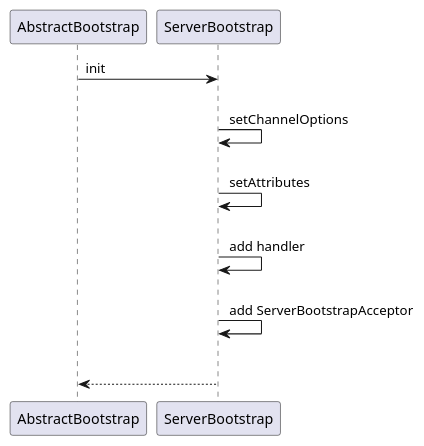
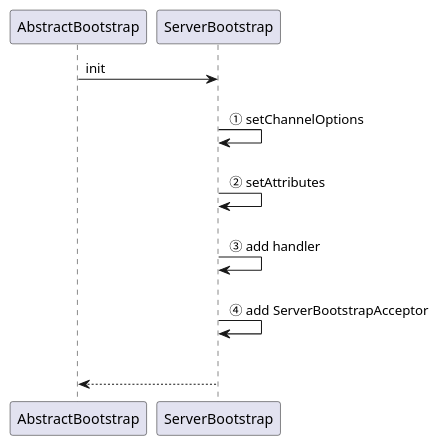
The diagram in puml/1_1_1-ServerBootstrap#initAndRegister#init.puml (Simba-cheng/netty), drawn with PlantUML before and after one commit. The commit also changed 1 other file, not shown here.

Commit message:
refactor(code): 源码添加注释、流程图、类图

```diff
--- a/puml/1_1_1-ServerBootstrap#initAndRegister#init.puml
+++ b/puml/1_1_1-ServerBootstrap#initAndRegister#init.puml
@@ -1,12 +1,12 @@
 @startuml
 
 AbstractBootstrap -> ServerBootstrap: init
 
-ServerBootstrap -> ServerBootstrap: \n setChannelOptions
-ServerBootstrap -> ServerBootstrap: \n setAttributes
-ServerBootstrap -> ServerBootstrap: \n add handler
-ServerBootstrap -> ServerBootstrap: \n add ServerBootstrapAcceptor
+ServerBootstrap -> ServerBootstrap: \n ① setChannelOptions
+ServerBootstrap -> ServerBootstrap: \n ② setAttributes
+ServerBootstrap -> ServerBootstrap: \n ③ add handler
+ServerBootstrap -> ServerBootstrap: \n ④ add ServerBootstrapAcceptor
 
 ServerBootstrap --> AbstractBootstrap: \n
 
 @enduml
```
